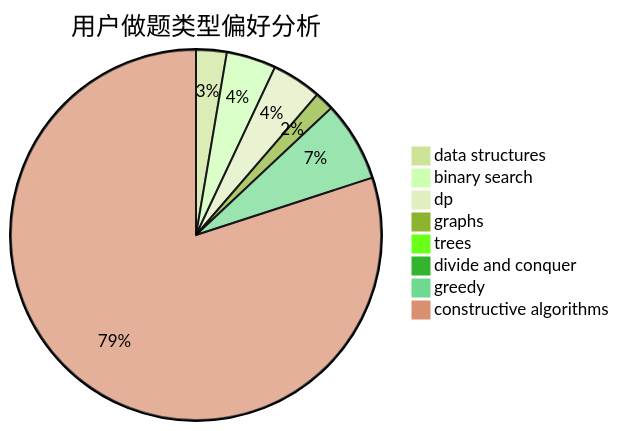
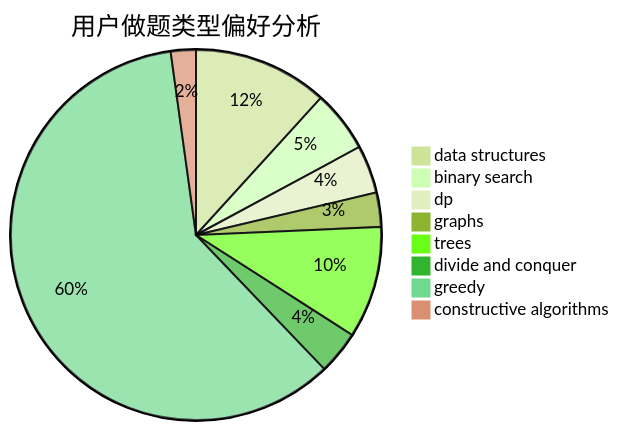
One commit to sherpahu/cfrs.github.io changed the second of 3 diagrams in docs/user/u2466.md. Above: the diagram before and after it, drawn with Mermaid (forest theme). The commit also changed other lines of this file and 2770 other files, not shown here.

````diff
--- a/docs/user/u2466.md
+++ b/docs/user/u2466.md
@@ -23,11 +23,11 @@
 ```mermaid
 pie title 用户做题类型偏好分析
-    "data structures" :  8
-    "binary search" :  13
-    "dp" :  13
-    "graphs" :  5
-    "trees" :  3
-    "divide and conquer" :  1
-    "greedy" :  21
-    "constructive algorithms" :  240
+    "data structures" :  59
+    "binary search" :  27
+    "dp" :  21
+    "graphs" :  15
+    "trees" :  49
+    "divide and conquer" :  19
+    "greedy" :  301
+    "constructive algorithms" :  11
 ```
````
